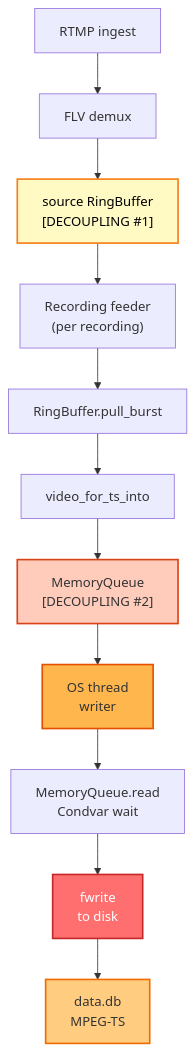
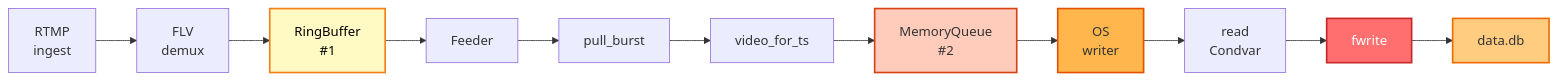
Before and after one commit to live-miracles/restream: diagram 12 of 24 in docs/run-to-completion-analysis.md, drawn with Mermaid. The commit also changed other lines of this file, not shown here.

First line of the commit message:
Restructure diagrams to use horizontal layout for vertical space efficiency

````diff
--- a/docs/run-to-completion-analysis.md
+++ b/docs/run-to-completion-analysis.md
@@ -540,22 +434,12 @@
 ```mermaid
-graph TD
-    A["RTMP ingest"]
-    B["FLV demux"]
-    C["source RingBuffer<br/>[DECOUPLING #1]"]
-    D["Recording feeder<br/>(per recording)"]
-    E["RingBuffer.pull_burst"]
-    F["video_for_ts_into"]
-    G["MemoryQueue<br/>[DECOUPLING #2]"]
-    H["OS thread<br/>writer"]
-    I["MemoryQueue.read<br/>Condvar wait"]
-    J["fwrite<br/>to disk"]
-    K["data.db<br/>MPEG-TS"]
-    
-    A --> B --> C --> D --> E --> F --> G --> H --> I --> J --> K
+graph LR
+    A["RTMP<br/>ingest"] --> B["FLV<br/>demux"] --> C["RingBuffer<br/>#1"] --> D["Feeder"]
+    D --> E["pull_burst"] --> F["video_for_ts"] --> G["MemoryQueue<br/>#2"] --> H["OS<br/>writer"]
+    H --> I["read<br/>Condvar"] --> J["fwrite"] --> K["data.db"]
     
     style C fill:#fff9c4,stroke:#f57f17,stroke-width:2px,color:#000
     style G fill:#ffccbc,stroke:#d84315,stroke-width:2px,color:#333
     style H fill:#ffb74d,stroke:#e65100,stroke-width:2px,color:#333
     style J fill:#ff6f6f,stroke:#c62828,stroke-width:2px,color:#fff
     style K fill:#ffcc80,stroke:#ef6c00,stroke-width:2px,color:#333
 ```
````
